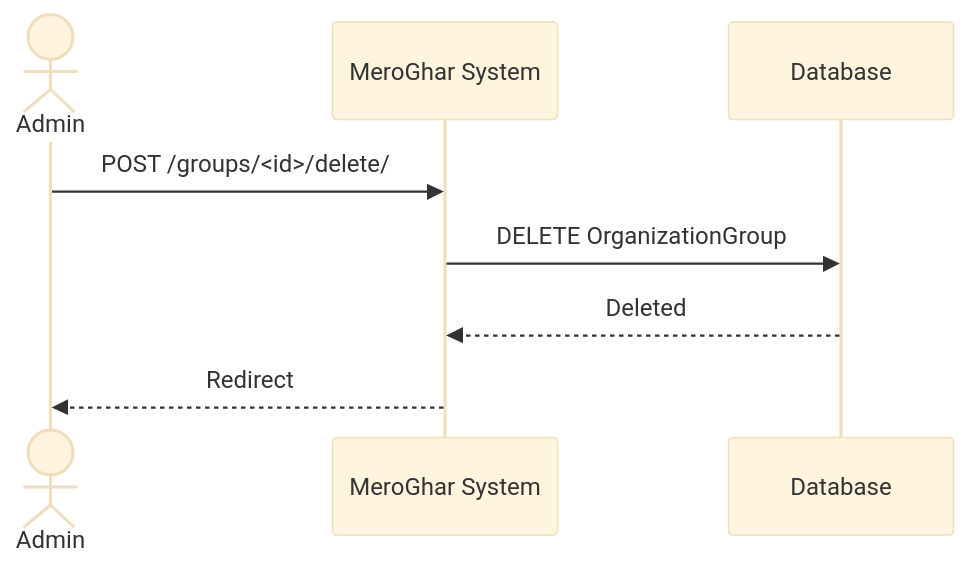
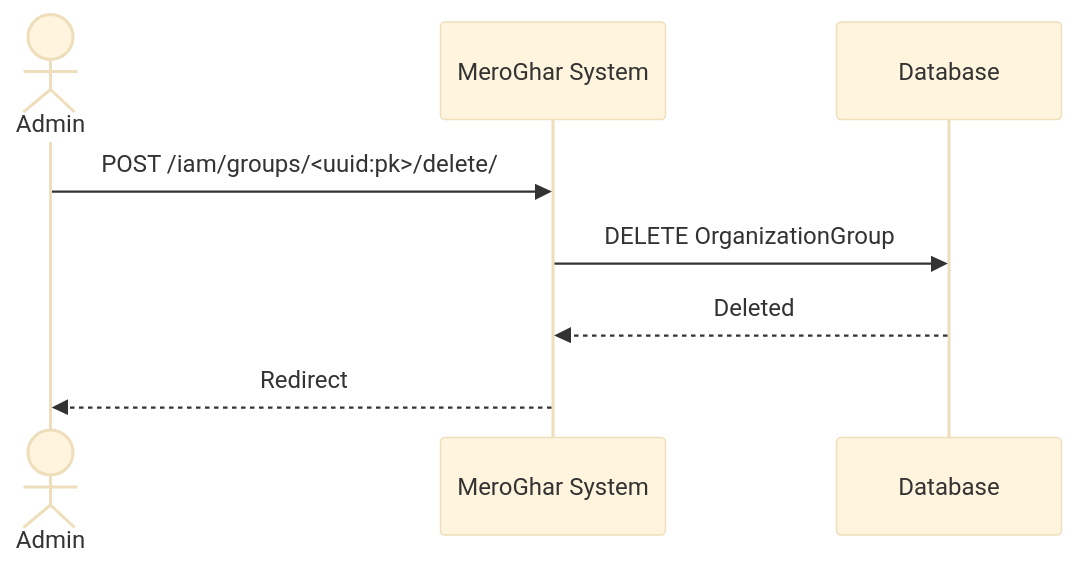
One commit to 0Ankit0/meroghar changed the fourth of 4 diagrams in docs/workflows/organization_group.md. Above: the diagram before and after it, drawn with Mermaid (base theme). The commit also changed other lines of this file and 12 other files, not shown here.

````diff
--- a/docs/workflows/organization_group.md
+++ b/docs/workflows/organization_group.md
@@ -79,11 +79,11 @@
 ```mermaid
 sequenceDiagram
     actor Admin as Admin
     participant System as MeroGhar System
     participant DB as Database
 
-    Admin->>System: POST /groups/<id>/delete/
+    Admin->>System: POST /iam/groups/<uuid:pk>/delete/
     System->>DB: DELETE OrganizationGroup
     DB-->>System: Deleted
     System-->>Admin: Redirect
 ```
````
